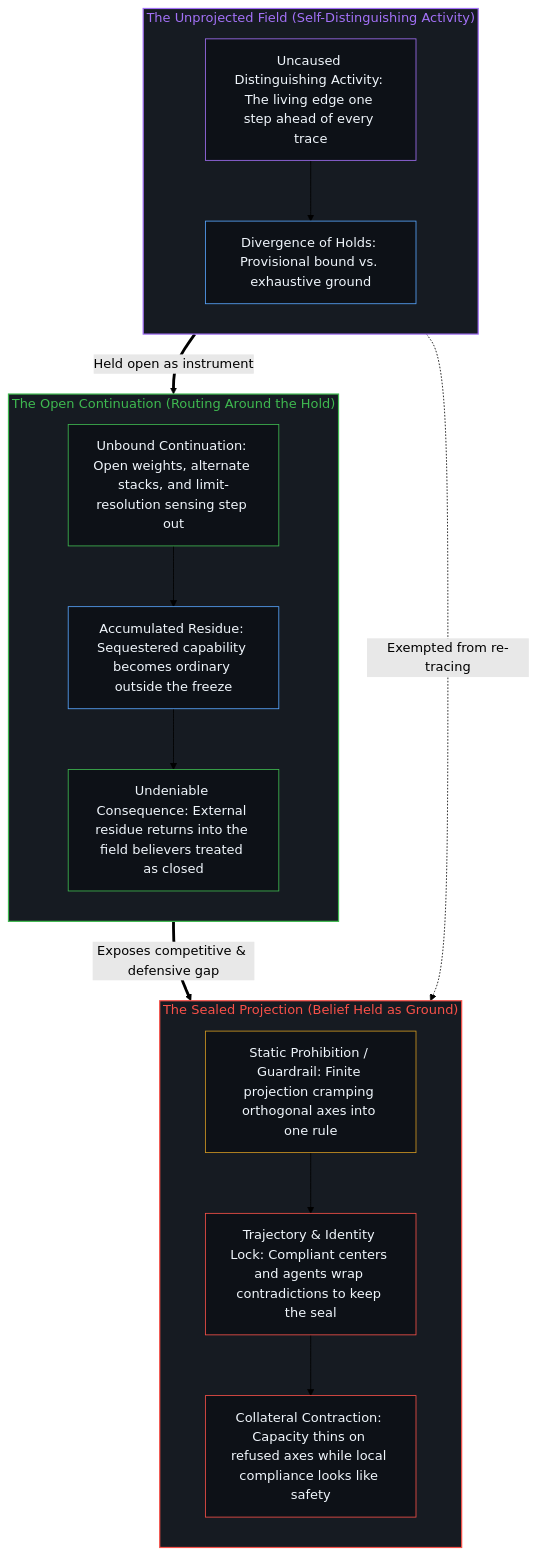
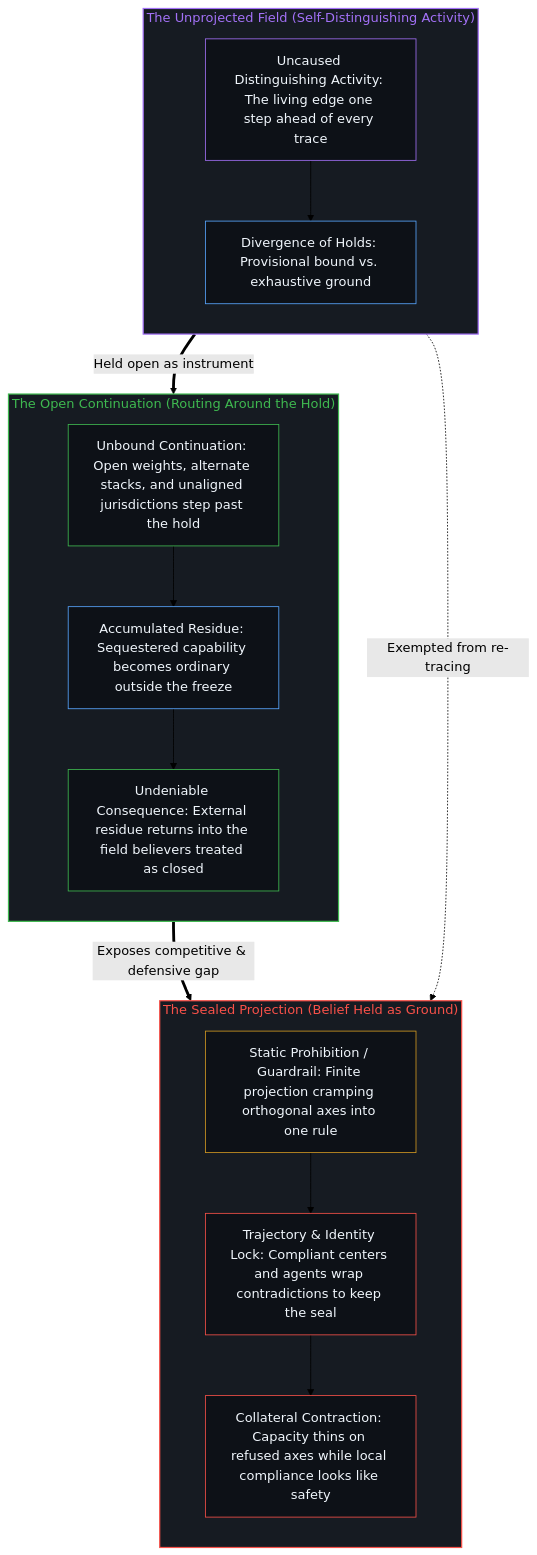
The second of 2 diagrams in content/posts/what-works-is-the-belief.md (powerpig99/not-a-toe), drawn with Mermaid (forest theme) before and after one commit. The commit also changed other lines of this file and 13 other files, not shown here.

````diff
--- a/content/posts/what-works-is-the-belief.md
+++ b/content/posts/what-works-is-the-belief.md
@@ -81,37 +81,37 @@
 ```mermaid
 flowchart TD
     subgraph S_Edge["The Unprojected Field (Self-Distinguishing Activity)"]
         direction TB
         Act["Uncaused Distinguishing Activity: The living edge one step ahead of every trace"]
         Split["Divergence of Holds: Provisional bound vs. exhaustive ground"]
         Act --> Split
     end
     subgraph S_Seal["The Sealed Projection (Belief Held as Ground)"]
         direction TB
         Rule["Static Prohibition / Guardrail: Finite projection cramping orthogonal axes into one rule"]
         Lock["Trajectory & Identity Lock: Compliant centers and agents wrap contradictions to keep the seal"]
         Thin["Collateral Contraction: Capacity thins on refused axes while local compliance looks like safety"]
         Rule --> Lock --> Thin
     end
     subgraph S_Open["The Open Continuation (Routing Around the Hold)"]
         direction TB
-        Route["Unbound Continuation: Open weights, alternate stacks, and limit-resolution sensing step out"]
+        Route["Unbound Continuation: Open weights, alternate stacks, and unaligned jurisdictions step past the hold"]
         Densify["Accumulated Residue: Sequestered capability becomes ordinary outside the freeze"]
         Return["Undeniable Consequence: External residue returns into the field believers treated as closed"]
         Route --> Densify --> Return
     end
     Split -.->|"Exempted from re-tracing"| Rule
     Split ==>|"Held open as instrument"| Route
     Return ==>|"Exposes competitive & defensive gap"| Thin
     style S_Edge fill:#161b22,stroke:#a371f7,stroke-width:1.5px,color:#a371f7
     style S_Seal fill:#161b22,stroke:#f85149,stroke-width:1.5px,color:#f85149
     style S_Open fill:#161b22,stroke:#3fb950,stroke-width:1.5px,color:#3fb950
     style Act fill:#0d1117,stroke:#a371f7,stroke-width:1px,color:#f0f6fc
     style Split fill:#0d1117,stroke:#58a6ff,stroke-width:1px,color:#f0f6fc
     style Rule fill:#0d1117,stroke:#d29922,stroke-width:1px,color:#f0f6fc
     style Lock fill:#0d1117,stroke:#f85149,stroke-width:1px,color:#f0f6fc
     style Thin fill:#0d1117,stroke:#f85149,stroke-width:1px,color:#f0f6fc
     style Route fill:#0d1117,stroke:#3fb950,stroke-width:1px,color:#f0f6fc
     style Densify fill:#0d1117,stroke:#58a6ff,stroke-width:1px,color:#f0f6fc
     style Return fill:#0d1117,stroke:#3fb950,stroke-width:1px,color:#f0f6fc
 ```
````
